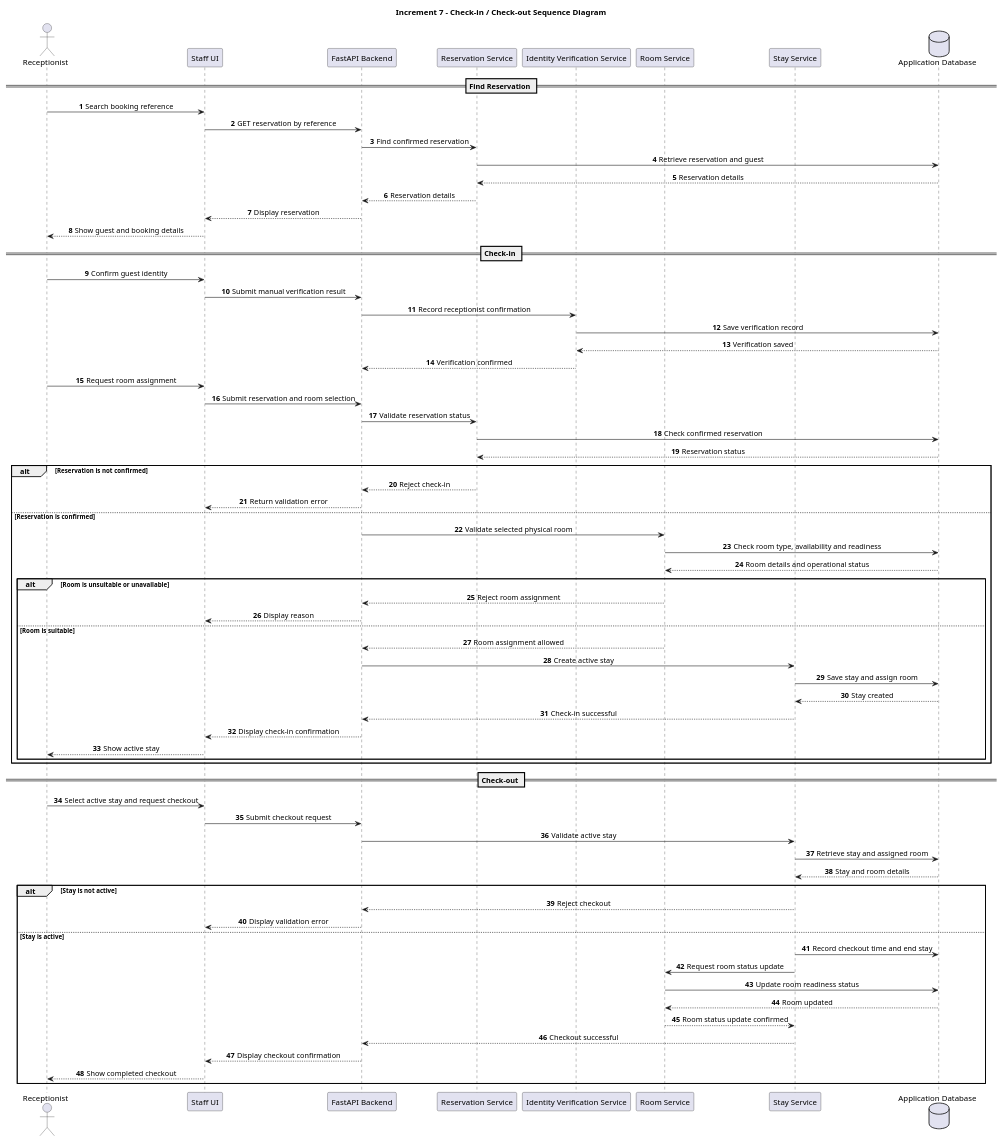
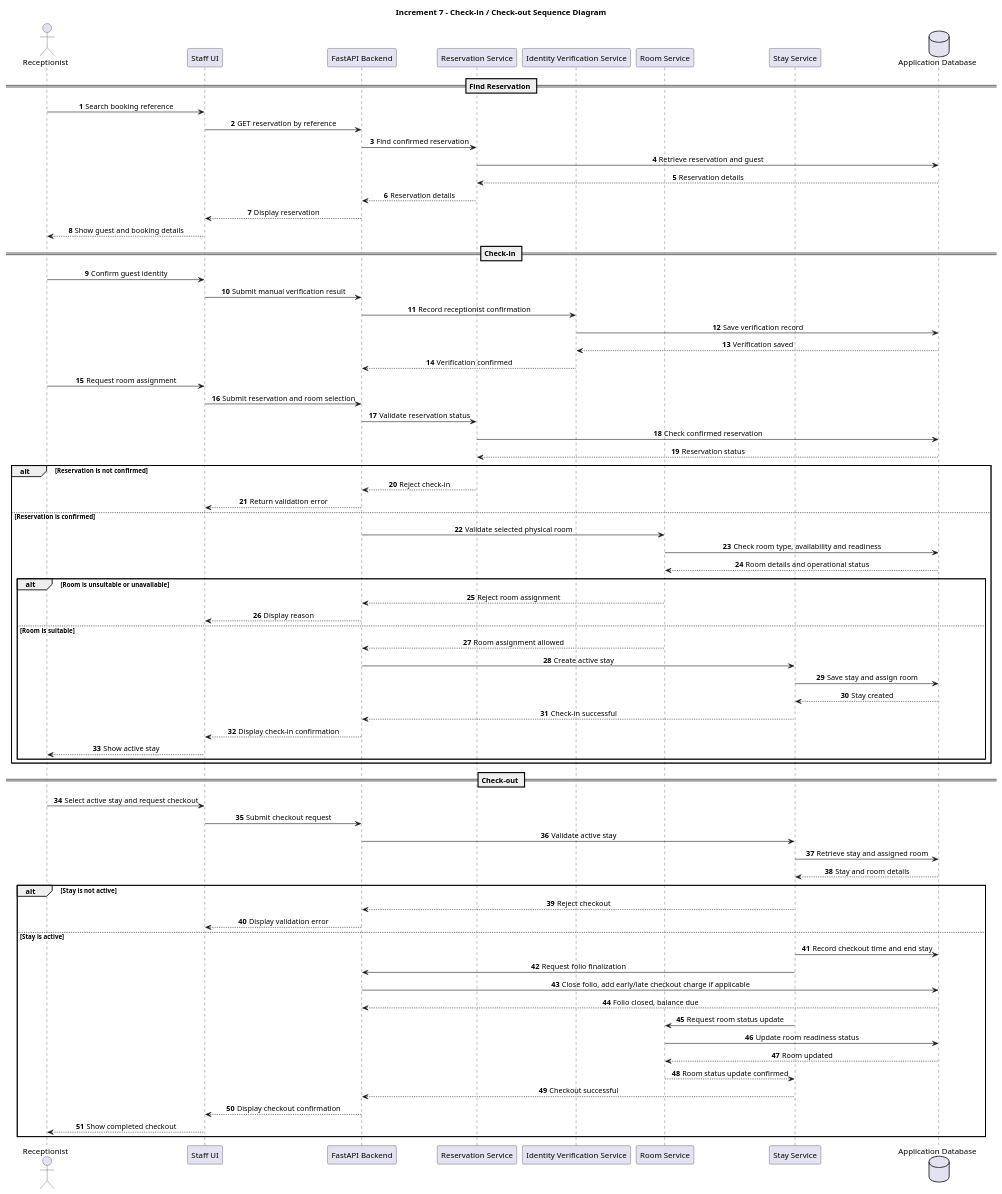
One commit to moh05-a/Hotel-Reservation-System changed the diagram in uml/seq_checkin_checkout.puml. Above: the diagram before and after it, drawn with PlantUML. The commit also changed 4 other files, not shown here.

Commit message:
billing diagrams and billing ruls docs

```diff
--- a/uml/seq_checkin_checkout.puml
+++ b/uml/seq_checkin_checkout.puml
@@ -2,87 +2,90 @@
 @startuml seq_checkin_checkout
 title Increment 7 - Check-in / Check-out Sequence Diagram
 
 autonumber
 skinparam sequenceMessageAlign center
 skinparam responseMessageBelowArrow true
 
 actor Receptionist
 participant "Staff UI" as UI
 participant "FastAPI Backend" as API
 participant "Reservation Service" as RS
 participant "Identity Verification Service" as IV
 participant "Room Service" as RMS
 participant "Stay Service" as SS
 database "Application Database" as DB
 
 == Find Reservation ==
 
 Receptionist -> UI: Search booking reference
 UI -> API: GET reservation by reference
 API -> RS: Find confirmed reservation
 RS -> DB: Retrieve reservation and guest
 DB --> RS: Reservation details
 RS --> API: Reservation details
 API --> UI: Display reservation
 UI --> Receptionist: Show guest and booking details
 
 == Check-in ==
 
 Receptionist -> UI: Confirm guest identity
 UI -> API: Submit manual verification result
 API -> IV: Record receptionist confirmation
 IV -> DB: Save verification record
 DB --> IV: Verification saved
 IV --> API: Verification confirmed
 
 Receptionist -> UI: Request room assignment
 UI -> API: Submit reservation and room selection
 API -> RS: Validate reservation status
 RS -> DB: Check confirmed reservation
 DB --> RS: Reservation status
 
 alt Reservation is not confirmed
     RS --> API: Reject check-in
     API --> UI: Return validation error
 else Reservation is confirmed
     API -> RMS: Validate selected physical room
     RMS -> DB: Check room type, availability and readiness
     DB --> RMS: Room details and operational status
 
     alt Room is unsuitable or unavailable
         RMS --> API: Reject room assignment
         API --> UI: Display reason
     else Room is suitable
         RMS --> API: Room assignment allowed
         API -> SS: Create active stay
         SS -> DB: Save stay and assign room
         DB --> SS: Stay created
         SS --> API: Check-in successful
         API --> UI: Display check-in confirmation
         UI --> Receptionist: Show active stay
     end
 end
 
 == Check-out ==
 
 Receptionist -> UI: Select active stay and request checkout
 UI -> API: Submit checkout request
 API -> SS: Validate active stay
 SS -> DB: Retrieve stay and assigned room
 DB --> SS: Stay and room details
 
 alt Stay is not active
     SS --> API: Reject checkout
     API --> UI: Display validation error
 else Stay is active
     SS -> DB: Record checkout time and end stay
+    SS -> API: Request folio finalization
+    API -> DB: Close folio, add early/late checkout charge if applicable
+    DB --> API: Folio closed, balance due
     SS -> RMS: Request room status update
     RMS -> DB: Update room readiness status
     DB --> RMS: Room updated
     RMS --> SS: Room status update confirmed
     SS --> API: Checkout successful
     API --> UI: Display checkout confirmation
     UI --> Receptionist: Show completed checkout
 end
 
 @enduml
```
